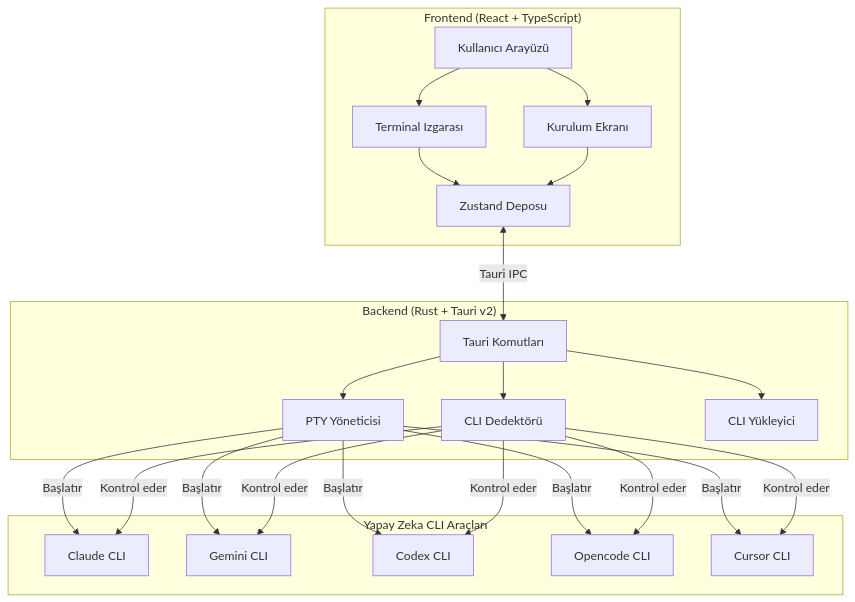
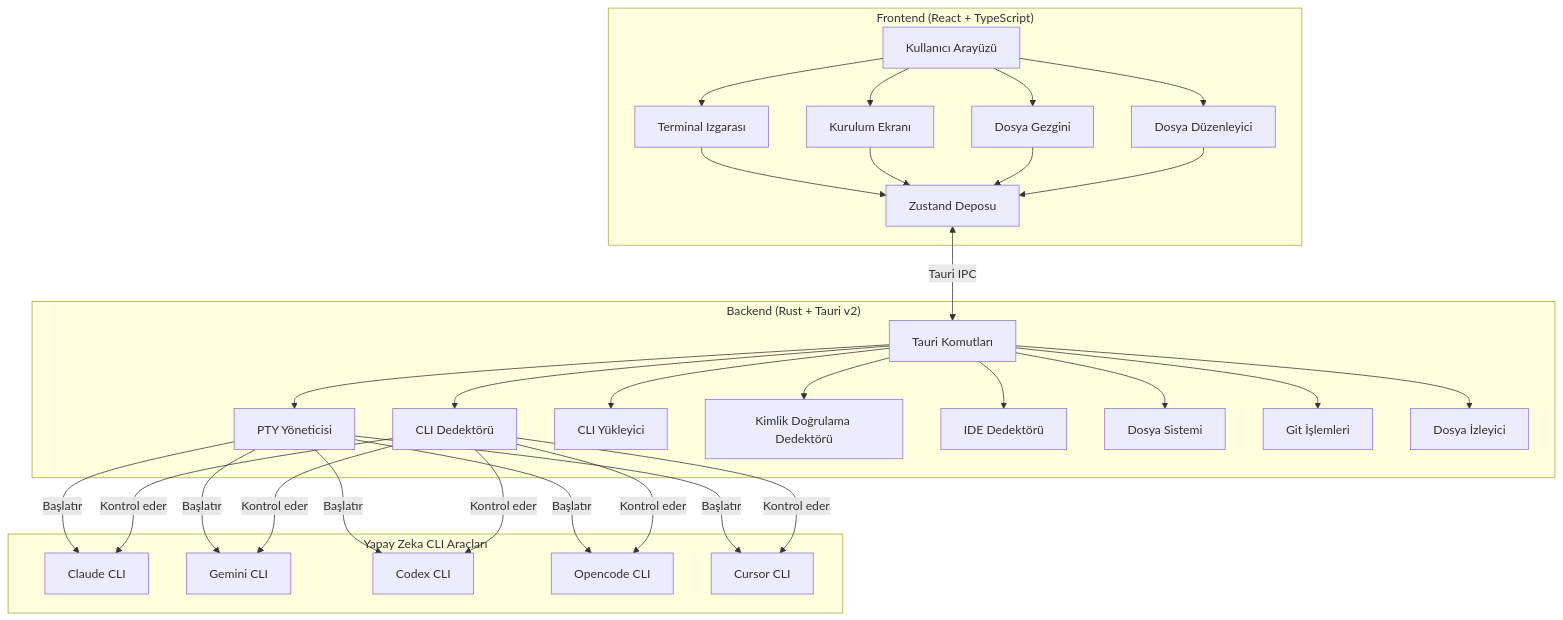
One commit to wolfenazz/AgentsLand changed the first of 2 diagrams in TRREADME.MD. Above: the diagram before and after it, drawn with Mermaid. The commit also changed other lines of this file and 6 other files, not shown here.

First line of the commit message:
Add file explorer, IDE support in READMEs

````diff
--- a/TRREADME.MD
+++ b/TRREADME.MD
@@ -153,46 +178,62 @@
 ```mermaid
 graph TB
     subgraph Frontend["Frontend (React + TypeScript)"]
         UI[Kullanıcı Arayüzü]
         Grid[Terminal Izgarası]
         Setup[Kurulum Ekranı]
         Store[Zustand Deposu]
+        Explorer[Dosya Gezgini]
+        Editor[Dosya Düzenleyici]
     end
 
     subgraph Backend["Backend (Rust + Tauri v2)"]
         Commands[Tauri Komutları]
         PTY[PTY Yöneticisi]
         Detector[CLI Dedektörü]
         Installer[CLI Yükleyici]
+        Auth[Kimlik Doğrulama Dedektörü]
+        Ide[IDE Dedektörü]
+        Fs[Dosya Sistemi]
+        Git[Git İşlemleri]
+        Watcher[Dosya İzleyici]
     end
 
     subgraph CLIs["Yapay Zeka CLI Araçları"]
         Claude[Claude CLI]
         Gemini[Gemini CLI]
         Codex[Codex CLI]
         Opencode[Opencode CLI]
         Cursor[Cursor CLI]
     end
 
     UI --> Grid
     UI --> Setup
+    UI --> Explorer
+    UI --> Editor
     Grid --> Store
     Setup --> Store
+    Explorer --> Store
+    Editor --> Store
     
     Store <-->|Tauri IPC| Commands
     Commands --> PTY
     Commands --> Detector
     Commands --> Installer
+    Commands --> Auth
+    Commands --> Ide
+    Commands --> Fs
+    Commands --> Git
+    Commands --> Watcher
     
     PTY -->|Başlatır| Claude
     PTY -->|Başlatır| Gemini
     PTY -->|Başlatır| Codex
     PTY -->|Başlatır| Opencode
     PTY -->|Başlatır| Cursor
     
     Detector -->|Kontrol eder| Claude
     Detector -->|Kontrol eder| Gemini
     Detector -->|Kontrol eder| Codex
     Detector -->|Kontrol eder| Opencode
     Detector -->|Kontrol eder| Cursor
 ```
````
